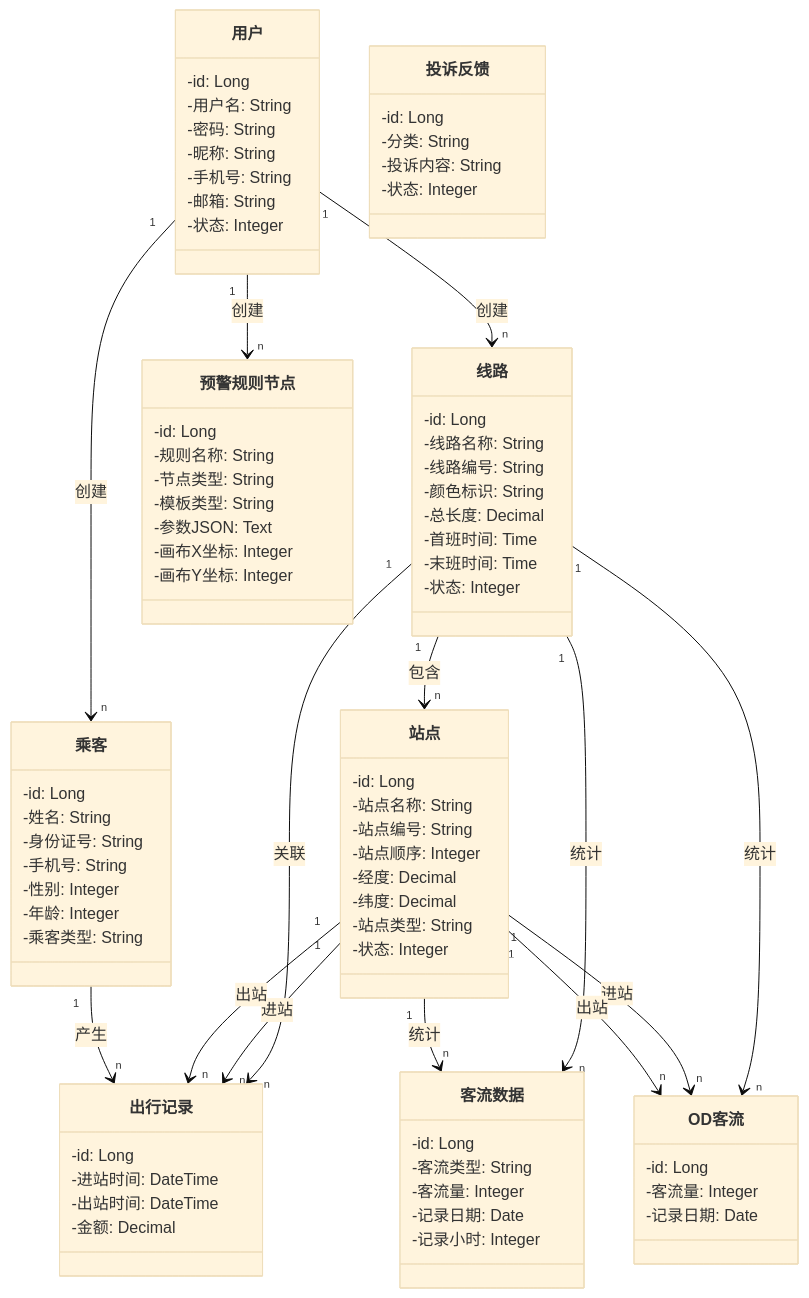
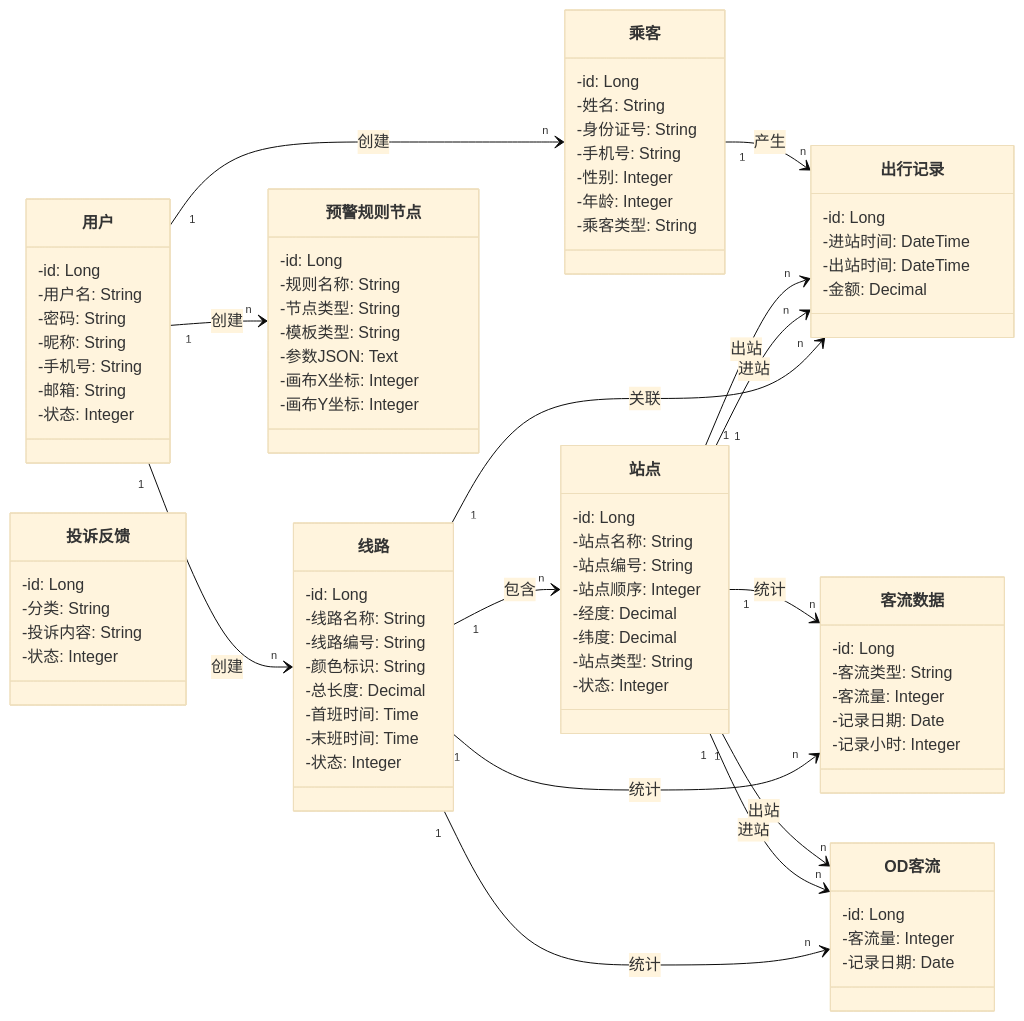
One commit to ikun-kun/iodraw-files changed the diagram in all/代码类图.md. Above: the diagram before and after it, drawn with Mermaid (base theme).

Commit message:
2026-07-07 18:07:28 update

````diff
--- a/all/代码类图.md
+++ b/all/代码类图.md
@@ -1,85 +1,92 @@
 ```mermaid
 classDiagram
-    class 用户 {
-        -id: Long
-        -用户名: String
-        -密码: String
-        -昵称: String
-        -手机号: String
-        -邮箱: String
-        -状态: Integer
-    }
+    %% 第一行：系统基础模块
+    subgraph 系统基础
+        direction LR
+        class 用户 {
+            -id: Long
+            -用户名: String
+            -密码: String
+            -昵称: String
+            -手机号: String
+            -邮箱: String
+            -状态: Integer
+        }
+        class 线路 {
+            -id: Long
+            -线路名称: String
+            -线路编号: String
+            -颜色标识: String
+            -总长度: Decimal
+            -首班时间: Time
+            -末班时间: Time
+            -状态: Integer
+        }
+        class 站点 {
+            -id: Long
+            -站点名称: String
+            -站点编号: String
+            -站点顺序: Integer
+            -经度: Decimal
+            -纬度: Decimal
+            -站点类型: String
+            -状态: Integer
+        }
+    end
 
-    class 线路 {
-        -id: Long
-        -线路名称: String
-        -线路编号: String
-        -颜色标识: String
-        -总长度: Decimal
-        -首班时间: Time
-        -末班时间: Time
-        -状态: Integer
-    }
+    %% 第二行：乘客业务模块
+    subgraph 乘客业务
+        direction LR
+        class 乘客 {
+            -id: Long
+            -姓名: String
+            -身份证号: String
+            -手机号: String
+            -性别: Integer
+            -年龄: Integer
+            -乘客类型: String
+        }
+        class 出行记录 {
+            -id: Long
+            -进站时间: DateTime
+            -出站时间: DateTime
+            -金额: Decimal
+        }
+        class 客流数据 {
+            -id: Long
+            -客流类型: String
+            -客流量: Integer
+            -记录日期: Date
+            -记录小时: Integer
+        }
+    end
 
-    class 站点 {
-        -id: Long
-        -站点名称: String
-        -站点编号: String
-        -站点顺序: Integer
-        -经度: Decimal
-        -纬度: Decimal
-        -站点类型: String
-        -状态: Integer
-    }
+    %% 第三行：预警与反馈模块
+    subgraph 预警与反馈
+        direction LR
+        class OD客流 {
+            -id: Long
+            -客流量: Integer
+            -记录日期: Date
+        }
+        class 预警规则节点 {
+            -id: Long
+            -规则名称: String
+            -节点类型: String
+            -模板类型: String
+            -参数JSON: Text
+            -画布X坐标: Integer
+            -画布Y坐标: Integer
+        }
+        class 投诉反馈 {
+            -id: Long
+            -分类: String
+            -投诉内容: String
+            -状态: Integer
+        }
+    end
 
-    class 乘客 {
-        -id: Long
-        -姓名: String
-        -身份证号: String
-        -手机号: String
-        -性别: Integer
-        -年龄: Integer
-        -乘客类型: String
-    }
-
-    class 出行记录 {
-        -id: Long
-        -进站时间: DateTime
-        -出站时间: DateTime
-        -金额: Decimal
-    }
-
-    class 客流数据 {
-        -id: Long
-        -客流类型: String
-        -客流量: Integer
-        -记录日期: Date
-        -记录小时: Integer
-    }
-
-    class OD客流 {
-        -id: Long
-        -客流量: Integer
-        -记录日期: Date
-    }
-
-    class 预警规则节点 {
-        -id: Long
-        -规则名称: String
-        -节点类型: String
-        -模板类型: String
-        -参数JSON: Text
-        -画布X坐标: Integer
-        -画布Y坐标: Integer
-    }
-
-    class 投诉反馈 {
-        -id: Long
-        -分类: String
-        -投诉内容: String
-        -状态: Integer
-    }
-
+    %% ------------------ 关系定义（跨子图） ------------------
     用户 "1" --> "n" 线路 : 创建
     用户 "1" --> "n" 乘客 : 创建
     用户 "1" --> "n" 预警规则节点 : 创建
````
